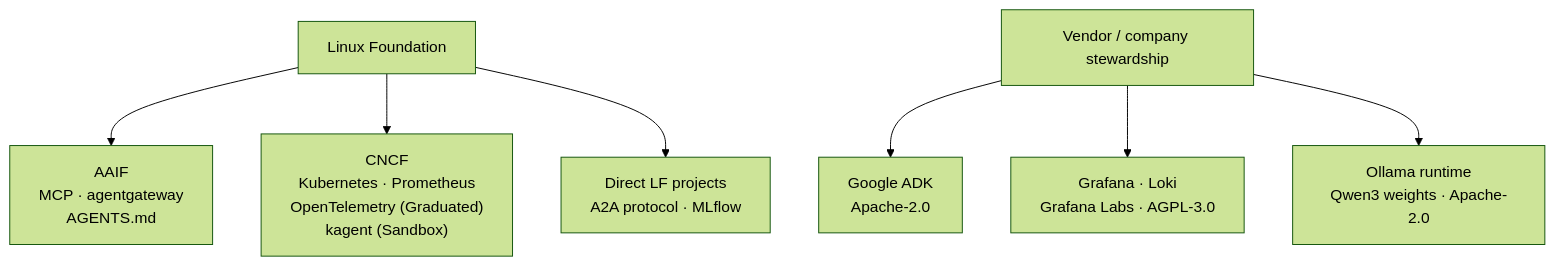
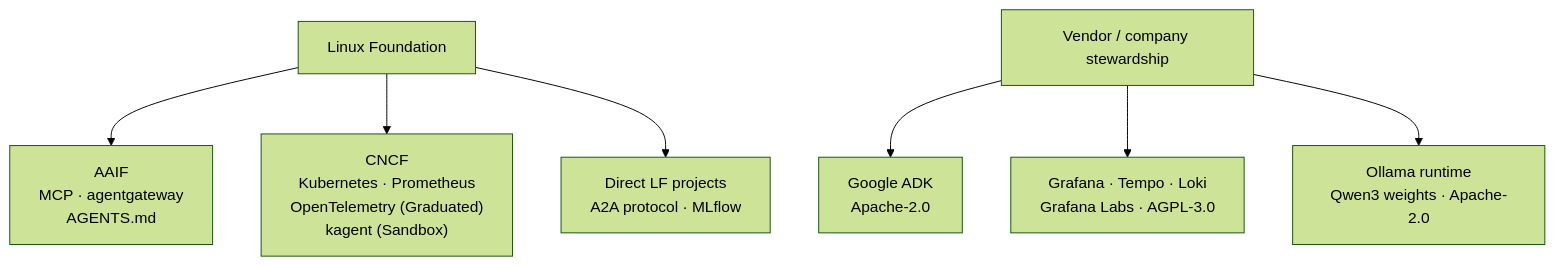
Before and after one commit to LuiGGi629/agentops-open-course: the second of 2 diagrams in content/8. Community/8.6. AAIF.md, drawn with Mermaid (forest theme). The commit also changed other lines of this file and 88 other files, not shown here.

````diff
--- a/content/8. Community/8.6. AAIF.md
+++ b/content/8. Community/8.6. AAIF.md
@@ -92,11 +92,11 @@
 ```mermaid
 flowchart TD
     LF["Linux Foundation"]
     LF --> AAIF["AAIF<br/>MCP · agentgateway<br/>AGENTS.md"]
     LF --> CNCF["CNCF<br/>Kubernetes · Prometheus<br/>OpenTelemetry (Graduated)<br/>kagent (Sandbox)"]
     LF --> Direct["Direct LF projects<br/>A2A protocol · MLflow"]
     Vendor["Vendor / company stewardship"]
     Vendor --> ADK["Google ADK<br/>Apache-2.0"]
-    Vendor --> Graf["Grafana · Loki<br/>Grafana Labs · AGPL-3.0"]
+    Vendor --> Graf["Grafana · Tempo · Loki<br/>Grafana Labs · AGPL-3.0"]
     Vendor --> Run["Ollama runtime<br/>Qwen3 weights · Apache-2.0"]
 ```
````
